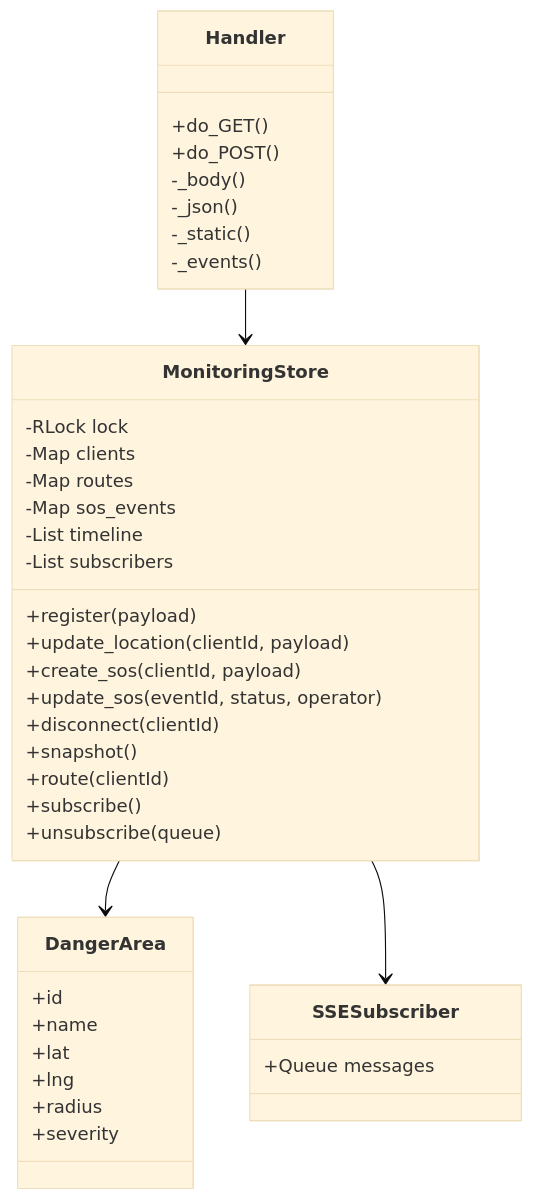
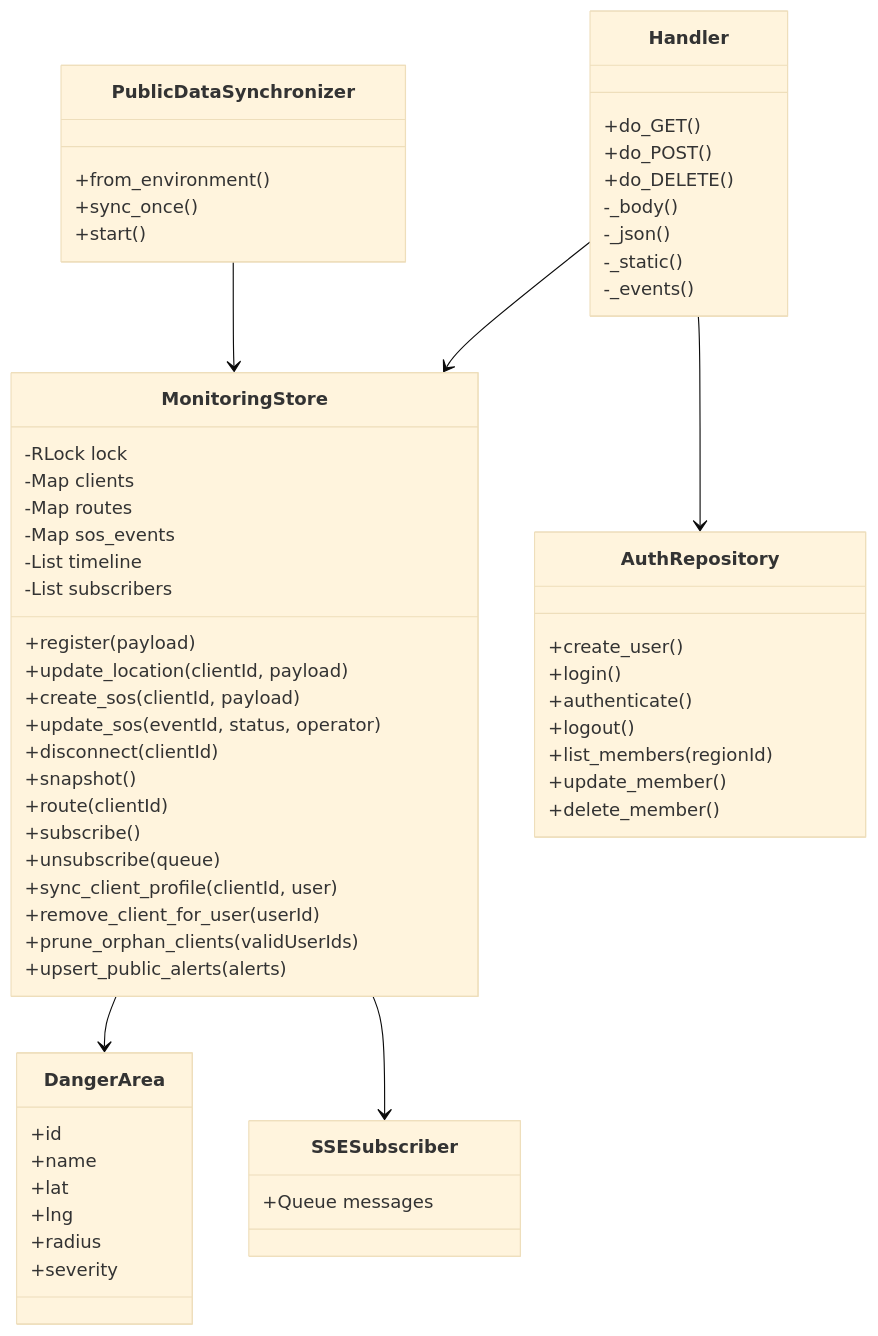
One commit to xweoze/real-time-monitoring-system changed the second of 11 diagrams in Design_22212023_김지훈.md. Above: the diagram before and after it, drawn with Mermaid (base theme). The commit also changed other lines of this file and 15 other files, not shown here.

````diff
--- a/Design_22212023_김지훈.md
+++ b/Design_22212023_김지훈.md
@@ -148,46 +180,69 @@
 ```mermaid
 classDiagram
     class Handler {
         +do_GET()
         +do_POST()
+        +do_DELETE()
         -_body()
         -_json()
         -_static()
         -_events()
     }
 
     class MonitoringStore {
         -RLock lock
         -Map clients
         -Map routes
         -Map sos_events
         -List timeline
         -List subscribers
         +register(payload)
         +update_location(clientId, payload)
         +create_sos(clientId, payload)
         +update_sos(eventId, status, operator)
         +disconnect(clientId)
         +snapshot()
         +route(clientId)
         +subscribe()
         +unsubscribe(queue)
+        +sync_client_profile(clientId, user)
+        +remove_client_for_user(userId)
+        +prune_orphan_clients(validUserIds)
+        +upsert_public_alerts(alerts)
+    }
+
+    class AuthRepository {
+        +create_user()
+        +login()
+        +authenticate()
+        +logout()
+        +list_members(regionId)
+        +update_member()
+        +delete_member()
+    }
+
+    class PublicDataSynchronizer {
+        +from_environment()
+        +sync_once()
+        +start()
     }
 
     class DangerArea {
         +id
         +name
         +lat
         +lng
         +radius
         +severity
     }
 
     class SSESubscriber {
         +Queue messages
     }
 
     Handler --> MonitoringStore
+    Handler --> AuthRepository
+    PublicDataSynchronizer --> MonitoringStore
     MonitoringStore --> DangerArea
     MonitoringStore --> SSESubscriber
 ```
````
